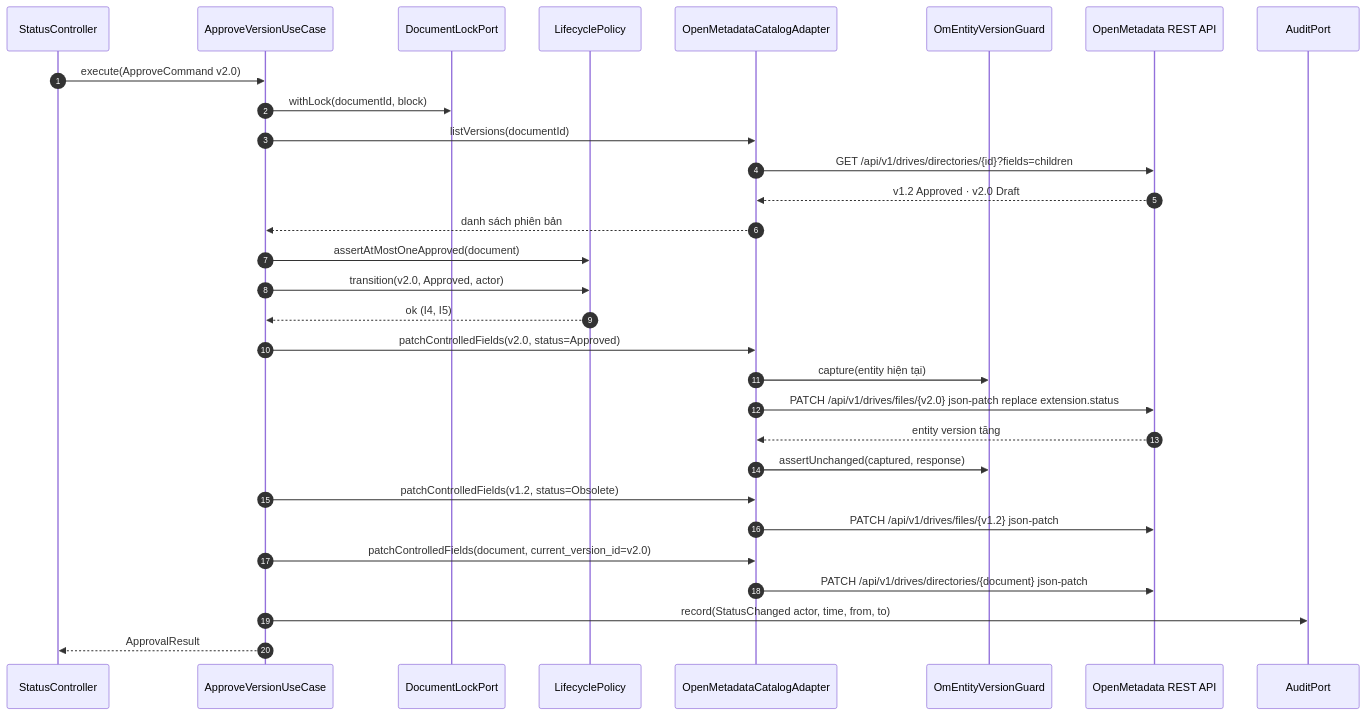
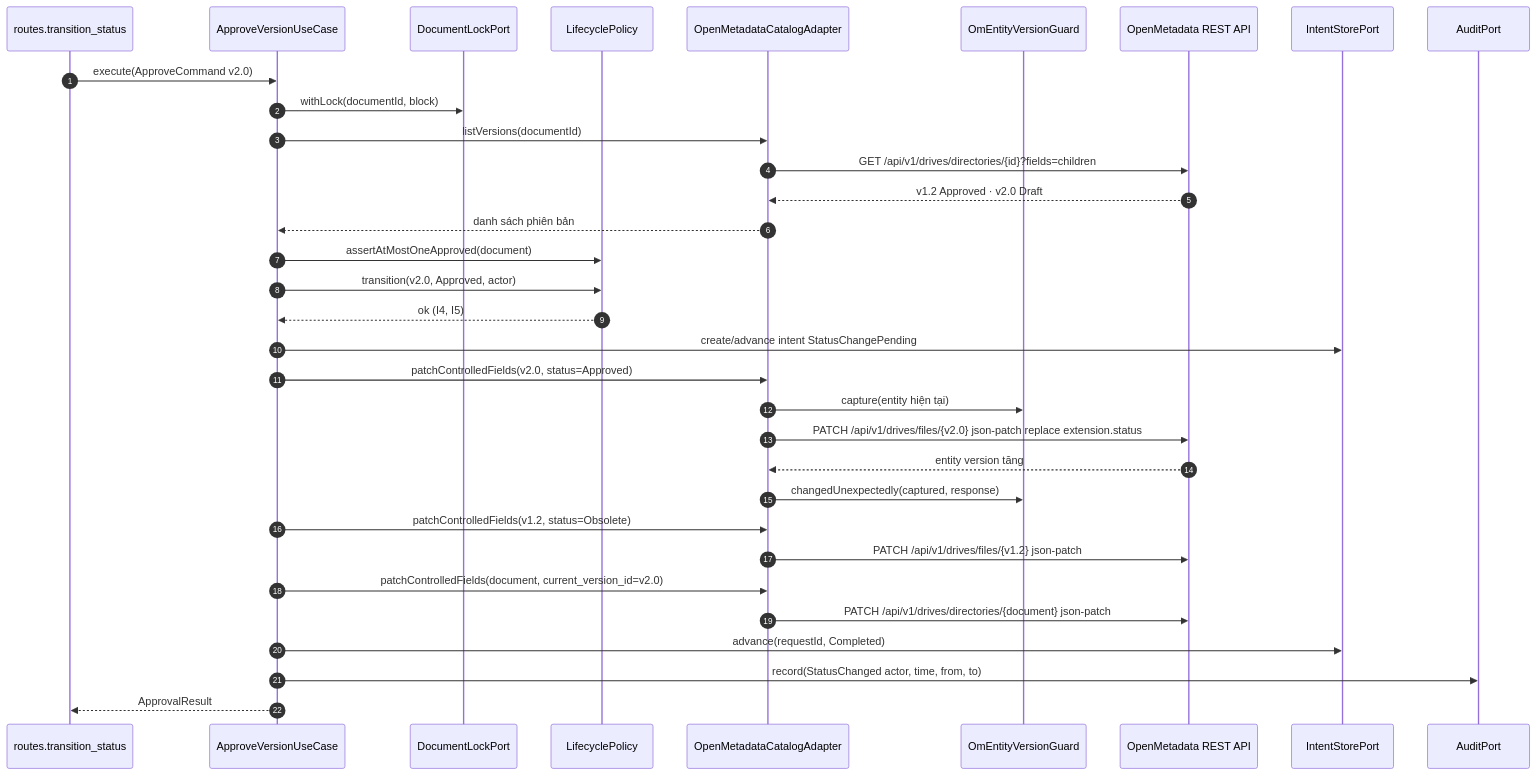
The sixth of 14 diagrams in docs/c4-04b-code-structure.md (Phanlacan12/raw-storage), drawn with Mermaid before and after one commit. The commit also changed other lines of this file and 12 other files, not shown here.

````diff
--- a/docs/c4-04b-code-structure.md
+++ b/docs/c4-04b-code-structure.md
@@ -622,33 +652,36 @@
 ```mermaid
 sequenceDiagram
     autonumber
-    participant CT as StatusController
+    participant CT as routes.transition_status
     participant UC as ApproveVersionUseCase
     participant LK as DocumentLockPort
     participant LP as LifecyclePolicy
     participant AD as OpenMetadataCatalogAdapter
     participant VG as OmEntityVersionGuard
     participant OM as OpenMetadata REST API
+    participant IN as IntentStorePort
     participant AU as AuditPort
 
     CT->>UC: execute(ApproveCommand v2.0)
     UC->>LK: withLock(documentId, block)
     UC->>AD: listVersions(documentId)
     AD->>OM: GET /api/v1/drives/directories/{id}?fields=children
     OM-->>AD: v1.2 Approved · v2.0 Draft
     AD-->>UC: danh sách phiên bản
     UC->>LP: assertAtMostOneApproved(document)
     UC->>LP: transition(v2.0, Approved, actor)
     LP-->>UC: ok (I4, I5)
+    UC->>IN: create/advance intent StatusChangePending
     UC->>AD: patchControlledFields(v2.0, status=Approved)
     AD->>VG: capture(entity hiện tại)
     AD->>OM: PATCH /api/v1/drives/files/{v2.0} json-patch replace extension.status
     OM-->>AD: entity version tăng
-    AD->>VG: assertUnchanged(captured, response)
+    AD->>VG: changedUnexpectedly(captured, response)
     UC->>AD: patchControlledFields(v1.2, status=Obsolete)
     AD->>OM: PATCH /api/v1/drives/files/{v1.2} json-patch
     UC->>AD: patchControlledFields(document, current_version_id=v2.0)
     AD->>OM: PATCH /api/v1/drives/directories/{document} json-patch
+    UC->>IN: advance(requestId, Completed)
     UC->>AU: record(StatusChanged actor, time, from, to)
     UC-->>CT: ApprovalResult
 ```
````
